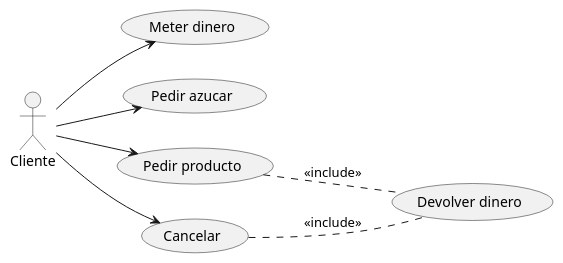
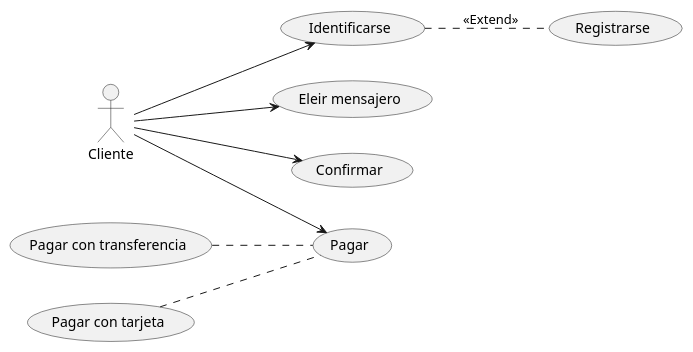
The diagram in src/ClasesDeUso.puml (DanielMiralles12/ClasesDeUso), drawn with PlantUML before and after one commit. The commit also changed 1 other file, not shown here.

```diff
--- a/src/ClasesDeUso.puml
+++ b/src/ClasesDeUso.puml
@@ -1,18 +1,14 @@
 @startuml
 left to right direction
 :Cliente:
 
-"Meter dinero" as (meter)
-"Pedir azucar" as (azucar)
-"Pedir producto" as (producto)
-"Cancelar" as (cancelar)
-"Devolver dinero" as (devolver)
+Cliente --> (Identificarse)
+Cliente --> (Pagar)
+Cliente --> (Eleir mensajero)
+Cliente --> (Confirmar)
 
-Cliente --> (meter)
-Cliente --> (azucar)
-Cliente --> (producto)
-Cliente --> (cancelar)
+(Identificarse) .. (Registrarse) : <<Extend>>
 
-(producto) .. (devolver) : <<include>>
-(cancelar) .. (devolver) : <<include>>
+(Pagar con transferencia) .. (Pagar)
+(Pagar con tarjeta) .. (Pagar)
 @enduml
```
